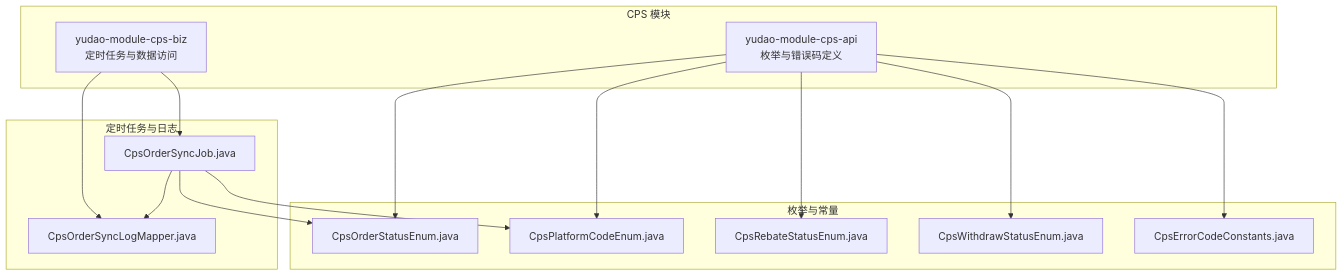
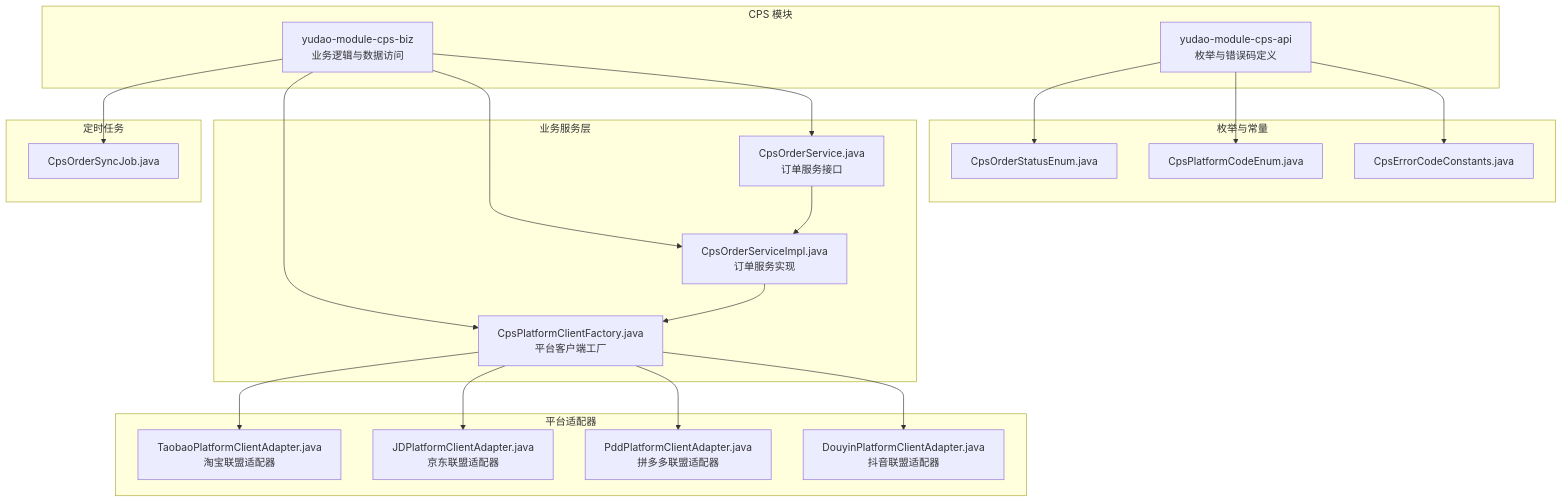
The first of 6 diagrams in .qoder/repowiki/zh/content/后端服务架构/业务模块概览/CPS业务模块/订单管理系统.md (zhuangpengLI/AgenticCPS), drawn with Mermaid before and after one commit. The commit also changed other lines of this file and 42 other files, not shown here.

````diff
--- a/.qoder/repowiki/zh/content/后端服务架构/业务模块概览/CPS业务模块/订单管理系统.md
+++ b/.qoder/repowiki/zh/content/后端服务架构/业务模块概览/CPS业务模块/订单管理系统.md
@@ -32,28 +45,39 @@
 ```mermaid
 graph TB
 subgraph "CPS 模块"
 API["yudao-module-cps-api<br/>枚举与错误码定义"]
-BIZ["yudao-module-cps-biz<br/>定时任务与数据访问"]
+BIZ["yudao-module-cps-biz<br/>业务逻辑与数据访问"]
 end
 subgraph "枚举与常量"
 OrderStatus["CpsOrderStatusEnum.java"]
 PlatformCode["CpsPlatformCodeEnum.java"]
-RebateStatus["CpsRebateStatusEnum.java"]
-WithdrawStatus["CpsWithdrawStatusEnum.java"]
 ErrorCodes["CpsErrorCodeConstants.java"]
 end
-subgraph "定时任务与日志"
+subgraph "业务服务层"
+OrderService["CpsOrderService.java<br/>订单服务接口"]
+OrderServiceImpl["CpsOrderServiceImpl.java<br/>订单服务实现"]
+PlatformClientFactory["CpsPlatformClientFactory.java<br/>平台客户端工厂"]
+end
+subgraph "平台适配器"
+TaobaoAdapter["TaobaoPlatformClientAdapter.java<br/>淘宝联盟适配器"]
+JDAdapter["JDPlatformClientAdapter.java<br/>京东联盟适配器"]
+PDDAdapter["PddPlatformClientAdapter.java<br/>拼多多联盟适配器"]
+DouyinAdapter["DouyinPlatformClientAdapter.java<br/>抖音联盟适配器"]
+end
+subgraph "定时任务"
 SyncJob["CpsOrderSyncJob.java"]
-SyncLogMapper["CpsOrderSyncLogMapper.java"]
 end
 API --> OrderStatus
 API --> PlatformCode
-API --> RebateStatus
-API --> WithdrawStatus
 API --> ErrorCodes
+BIZ --> OrderService
+BIZ --> OrderServiceImpl
+BIZ --> PlatformClientFactory
 BIZ --> SyncJob
-BIZ --> SyncLogMapper
-SyncJob --> PlatformCode
-SyncJob --> OrderStatus
-SyncJob --> SyncLogMapper
+PlatformClientFactory --> TaobaoAdapter
+PlatformClientFactory --> JDAdapter
+PlatformClientFactory --> PDDAdapter
+PlatformClientFactory --> DouyinAdapter
+OrderService --> OrderServiceImpl
+OrderServiceImpl --> PlatformClientFactory
 ```
````
